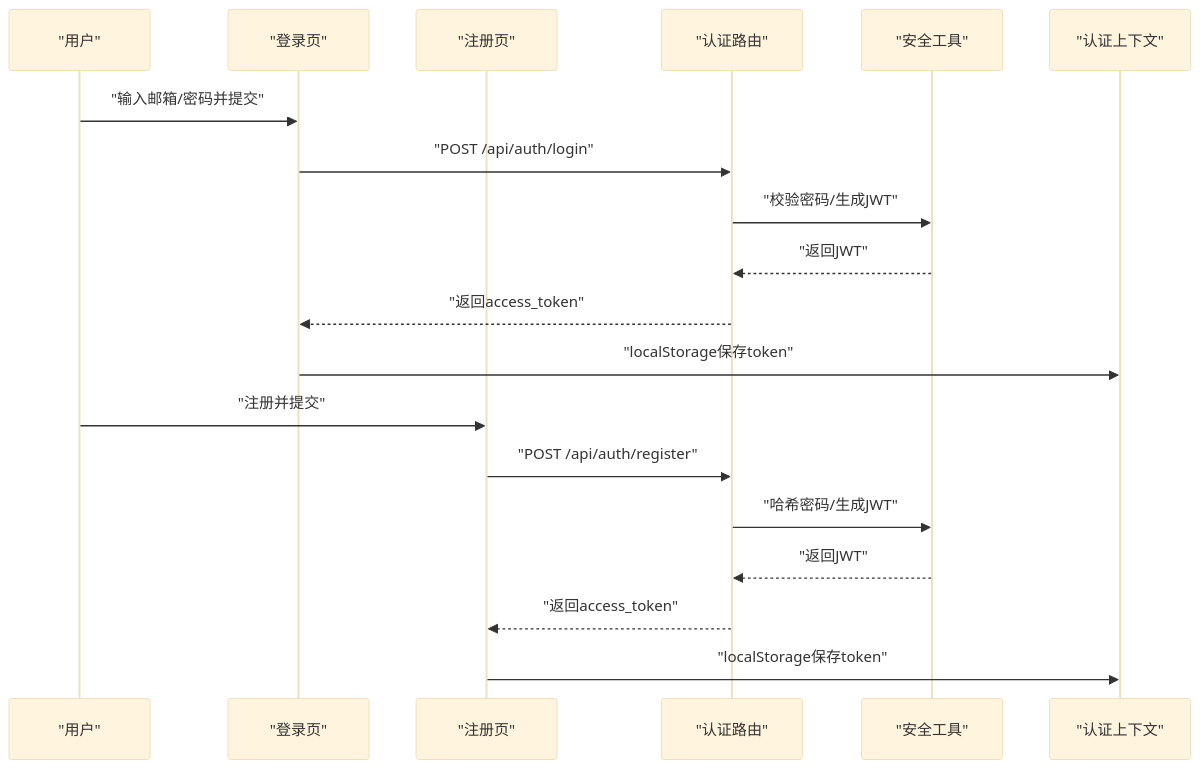
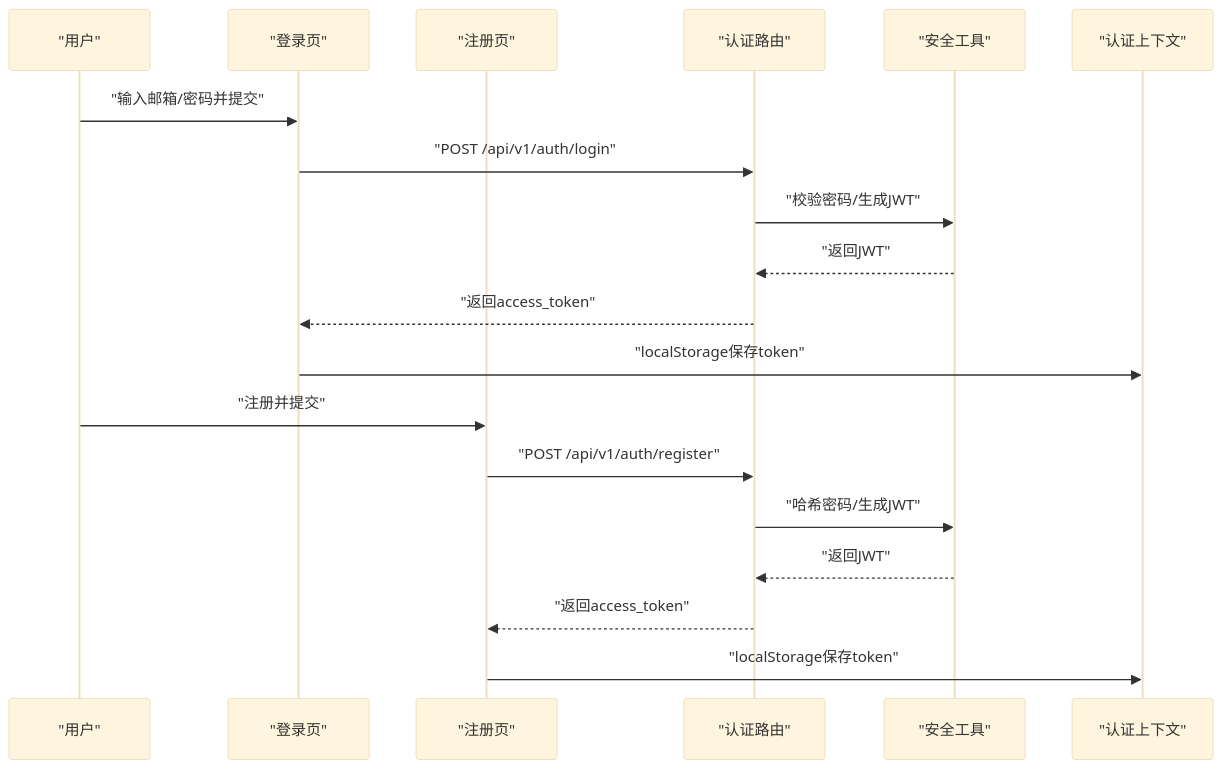
One commit to breeze-lyf/ai-stock-advisor changed the fourth of 7 diagrams in .qoder/repowiki/zh/content/用户认证系统/用户认证系统.md. Above: the diagram before and after it, drawn with Mermaid (base theme). The commit also changed other lines of this file and 11 other files, not shown here.

````diff
--- a/.qoder/repowiki/zh/content/用户认证系统/用户认证系统.md
+++ b/.qoder/repowiki/zh/content/用户认证系统/用户认证系统.md
@@ -237,21 +254,21 @@
 ```mermaid
 sequenceDiagram
 participant U as "用户"
 participant L as "登录页"
 participant R as "注册页"
 participant A as "认证路由"
 participant S as "安全工具"
 participant C as "认证上下文"
 U->>L : "输入邮箱/密码并提交"
-L->>A : "POST /api/auth/login"
+L->>A : "POST /api/v1/auth/login"
 A->>S : "校验密码/生成JWT"
 S-->>A : "返回JWT"
 A-->>L : "返回access_token"
 L->>C : "localStorage保存token"
 U->>R : "注册并提交"
-R->>A : "POST /api/auth/register"
+R->>A : "POST /api/v1/auth/register"
 A->>S : "哈希密码/生成JWT"
 S-->>A : "返回JWT"
 A-->>R : "返回access_token"
 R->>C : "localStorage保存token"
 ```
````
